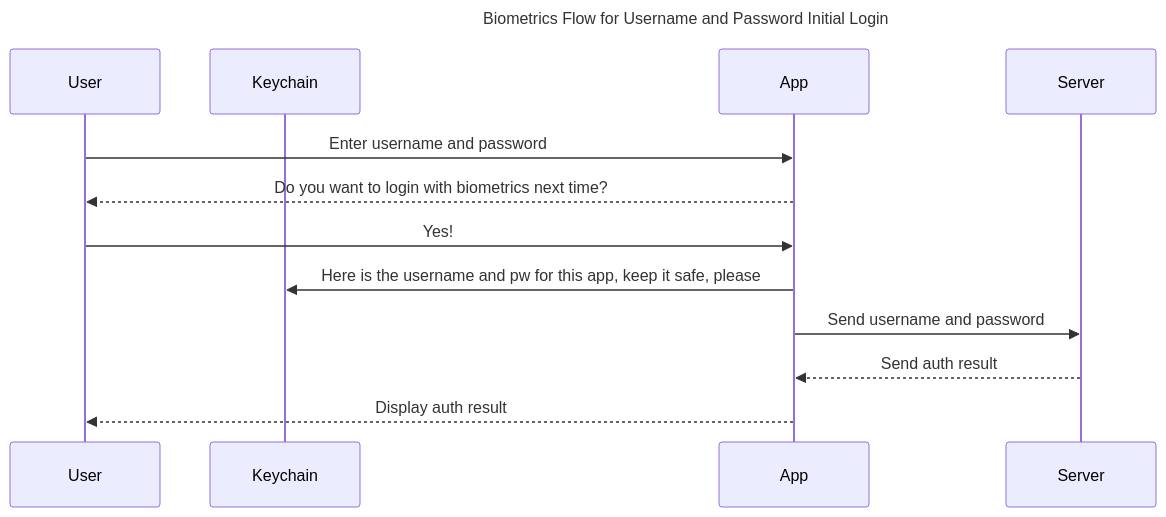
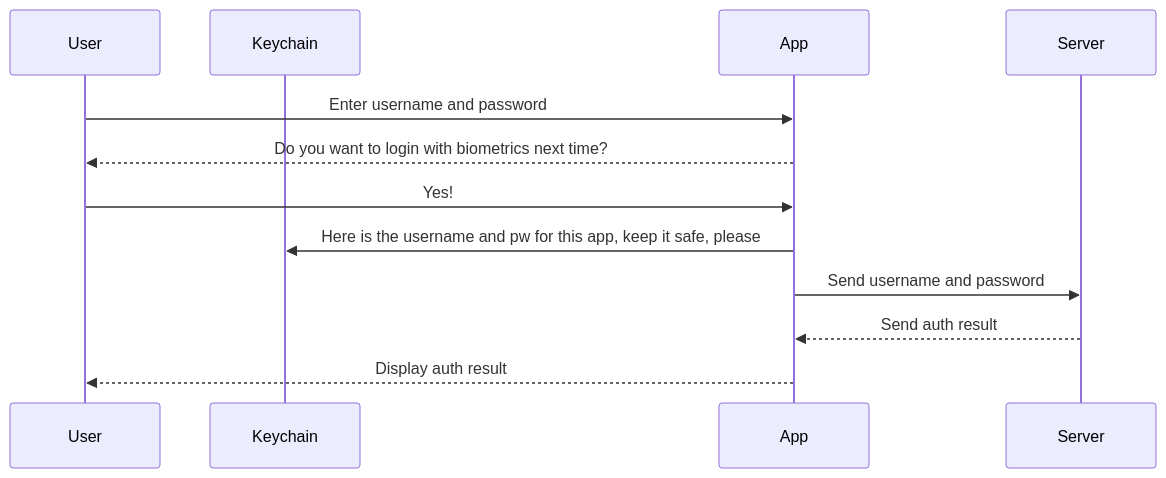
The second of 5 diagrams in VAMobile/documentation/docs/Engineering/BackEnd/Architecture/Auth Diagrams.md (department-of-veterans-affairs/va-mobile-app), drawn with Mermaid before and after one commit. The commit also changed other lines of this file and 6 other files, not shown here.

````diff
--- a/VAMobile/documentation/docs/Engineering/BackEnd/Architecture/Auth Diagrams.md
+++ b/VAMobile/documentation/docs/Engineering/BackEnd/Architecture/Auth Diagrams.md
@@ -17,15 +20,14 @@
 ```mermaid
 sequenceDiagram
-    title: Biometrics Flow for Username and Password Initial Login
     participant User
     participant Keychain
     participant App
     participant Server
     User->>App: Enter username and password
     App-->>User: Do you want to login with biometrics next time?
     User->>App: Yes!
     App->>Keychain: Here is the username and pw for this app, keep it safe, please
     App->>Server: Send username and password
     Server-->>App: Send auth result
     App-->>User: Display auth result
 ```
````
